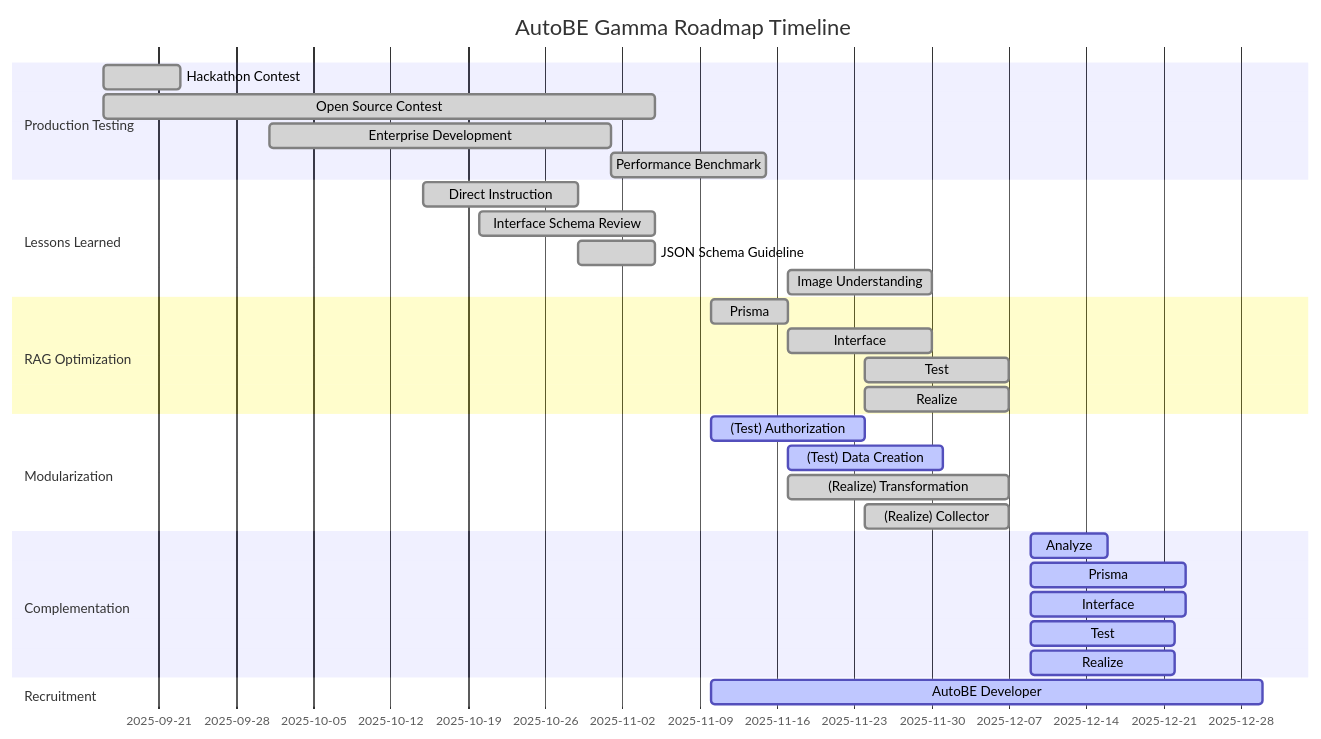
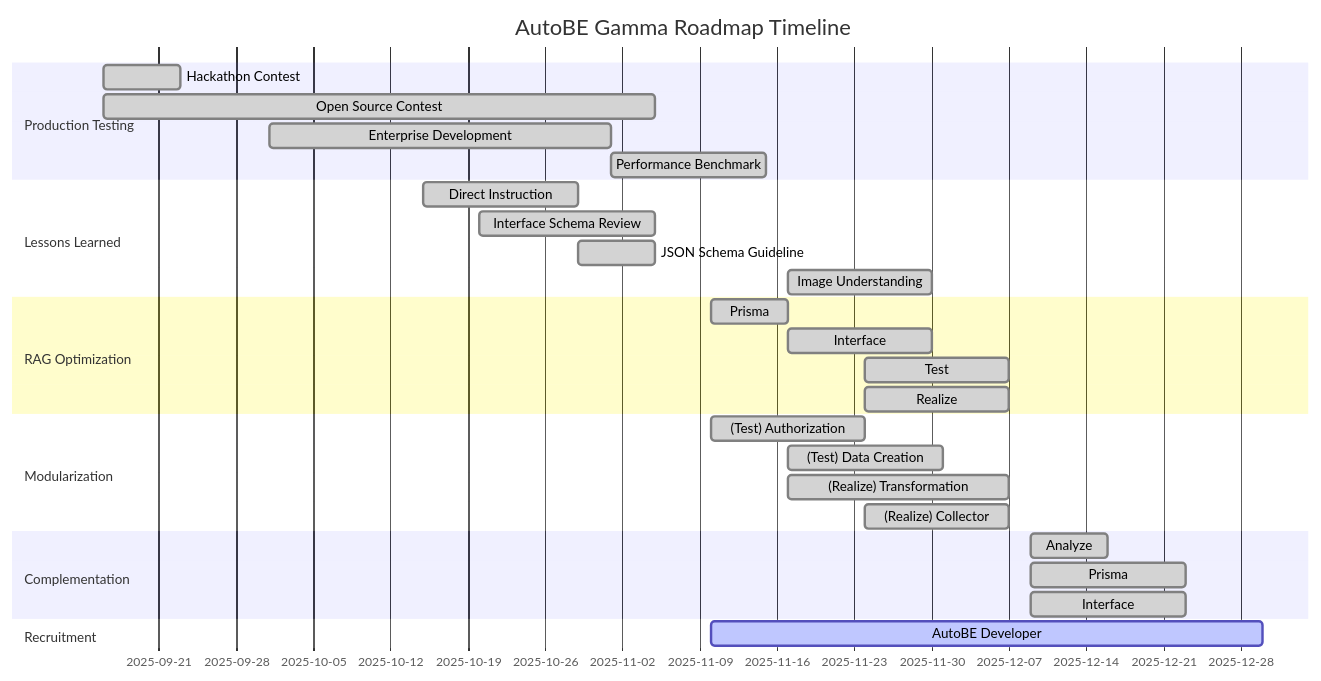
The second of 2 diagrams in README.md (wrtnlabs/autobe), drawn with Mermaid before and after one commit. The commit also changed 13 other files, not shown here.

````diff
--- a/README.md
+++ b/README.md
@@ -175,39 +175,37 @@
 ```mermaid
 gantt
   dateFormat YYYY-MM-DD
   title AutoBE Gamma Roadmap Timeline
 
   section Production Testing
   Hackathon Contest     : done, 2025-09-16,  7d
   Open Source Contest   : done, 2025-09-16, 50d
   Enterprise Development: done, 2025-10-01, 31d
   Performance Benchmark : done, 2025-11-01, 14d
   
   section Lessons Learned
   Direct Instruction     : done, 2025-10-15, 14d
   Interface Schema Review: done, 2025-10-20, 16d
   JSON Schema Guideline  : done, 2025-10-29,  7d
   Image Understanding    : done, 2025-11-17, 13d
 
   section RAG Optimization
   Prisma   : done, 2025-11-10,  7d
   Interface: done, 2025-11-17, 13d
   Test     : done, 2025-11-24, 13d
   Realize  : done, 2025-11-24, 13d
 
   section Modularization
-  (Test) Authorization    : active, 2025-11-10, 14d
-  (Test) Data Creation    : active, 2025-11-17, 14d
-  (Realize) Transformation: done,   2025-11-17, 20d
+  (Test) Authorization    : done, 2025-11-10, 14d
+  (Test) Data Creation    : done, 2025-11-17, 14d
+  (Realize) Transformation: done, 2025-11-17, 20d
   (Realize) Collector     : done, 2025-11-24, 13d
 
   section Complementation
-  Analyze  : active, 2025-12-09,  7d
-  Prisma   : active, 2025-12-09, 14d
-  Interface: active, 2025-12-09, 14d
-  Test     : active, 2025-12-09, 13d
-  Realize  : active, 2025-12-09, 13d
+  Analyze  : done, 2025-12-09,  7d
+  Prisma   : done, 2025-12-09, 14d
+  Interface: done, 2025-12-09, 14d
 
   section Recruitment
   AutoBE Developer: active, 2025-11-10, 50d
 ```
````
